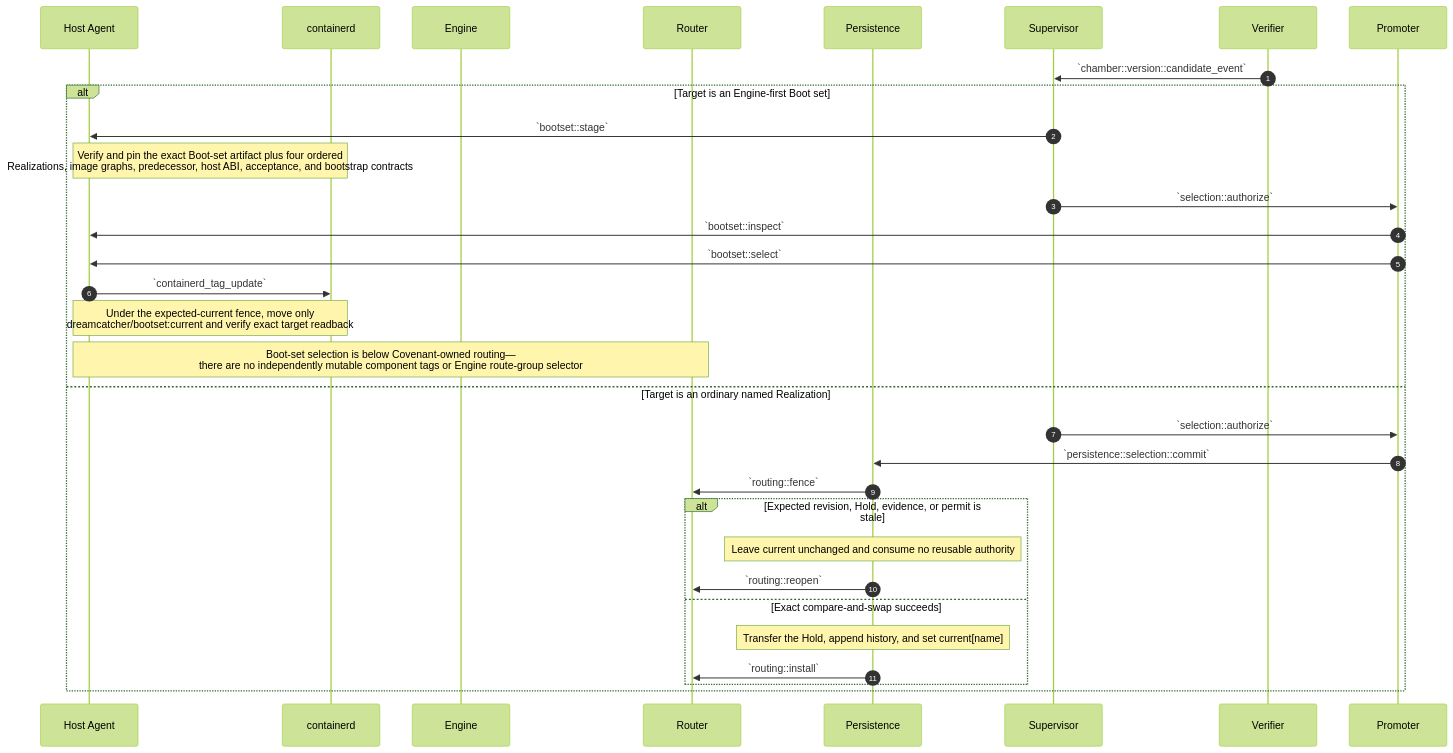
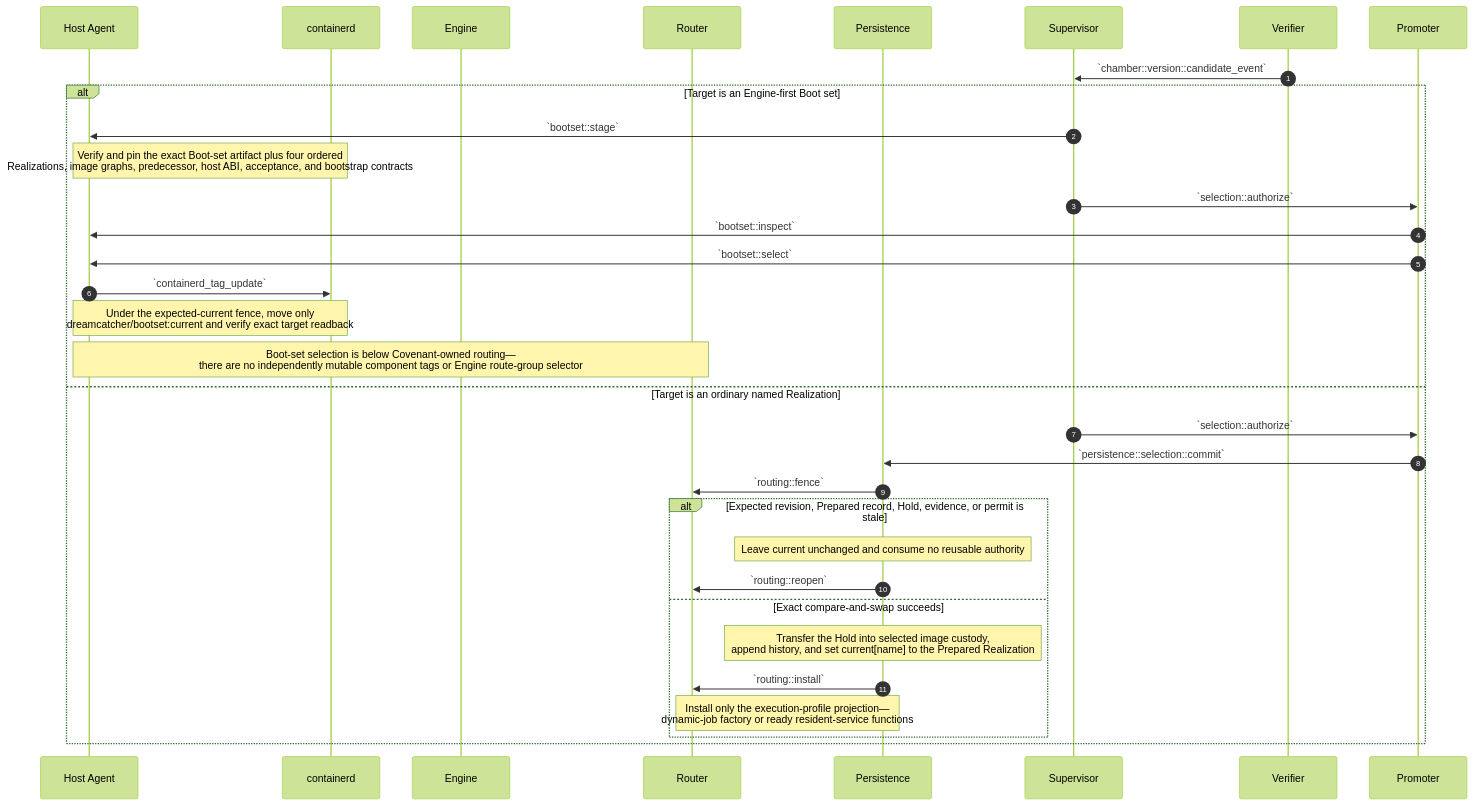
One commit to dreamcatcher-tech/chambers-lifecycle-explorer changed diagram 12 of 16 in source/chambers-lifecycle-sequences.md. Above: the diagram before and after it, drawn with Mermaid (forest theme). The commit also changed other lines of this file and 5 other files, not shown here.

Commit message:
Publish prepared image execution lifecycles

````diff
--- a/source/chambers-lifecycle-sequences.md
+++ b/source/chambers-lifecycle-sequences.md
@@ -1262,35 +1350,36 @@
 ```mermaid
 sequenceDiagram
     autonumber
     participant HostAgent as Host Agent
     participant containerd
     participant Engine
     participant Router as Router
     participant Persistence
     participant Supervisor
     participant Verifier
     participant Promoter
 
     Verifier->>Supervisor: `chamber::version::candidate_event`
     alt Target is an Engine-first Boot set
         Supervisor->>HostAgent: `bootset::stage`
         Note over HostAgent,containerd: Verify and pin the exact Boot-set artifact plus four ordered<br/>Realizations, image graphs, predecessor, host ABI, acceptance, and bootstrap contracts
         Supervisor->>Promoter: `selection::authorize`
         Promoter->>HostAgent: `bootset::inspect`
         Promoter->>HostAgent: `bootset::select`
         HostAgent->>containerd: `containerd_tag_update`
         Note over HostAgent,containerd: Under the expected-current fence, move only<br/>dreamcatcher/bootset:current and verify exact target readback
         Note over HostAgent,Router: Boot-set selection is below Covenant-owned routing—<br/>there are no independently mutable component tags or Engine route-group selector
     else Target is an ordinary named Realization
         Supervisor->>Promoter: `selection::authorize`
         Promoter->>Persistence: `persistence::selection::commit`
         Persistence->>Router: `routing::fence`
-        alt Expected revision, Hold, evidence, or permit is stale
+        alt Expected revision, Prepared record, Hold, evidence, or permit is stale
             Note over Persistence: Leave current unchanged and consume no reusable authority
             Persistence->>Router: `routing::reopen`
         else Exact compare-and-swap succeeds
-            Note over Persistence: Transfer the Hold, append history, and set current[name]
+            Note over Persistence: Transfer the Hold into selected image custody,<br/>append history, and set current[name] to the Prepared Realization
             Persistence->>Router: `routing::install`
+            Note over Persistence,Router: Install only the execution-profile projection—<br/>dynamic-job factory or ready resident-service functions
         end
     end
 ```
````
